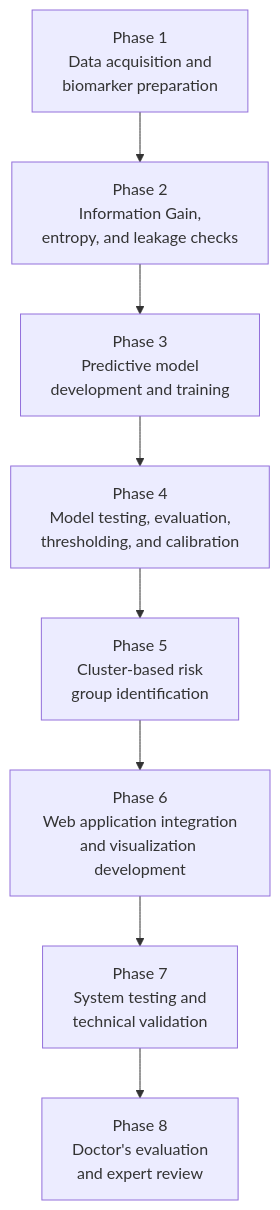
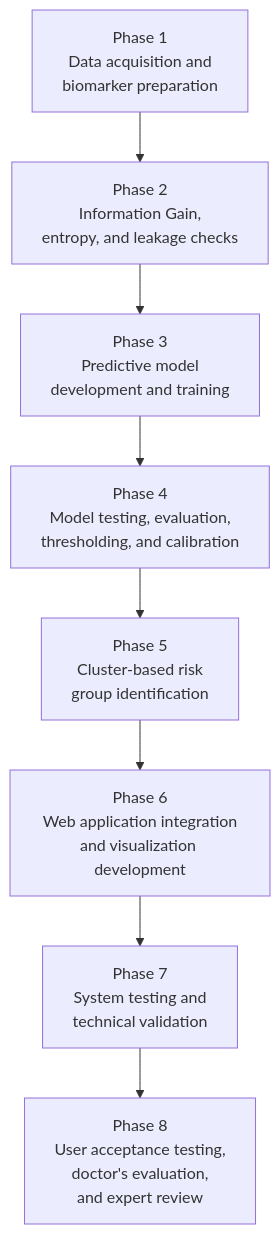
Before and after one commit to Skufu/DianaV2: the first of 5 diagrams in docs/07-research/thesis-drafts/ch3+4-final-academic-draft.md, drawn with Mermaid. The commit also changed other lines of this file, not shown here.

````diff
--- a/docs/07-research/thesis-drafts/ch3+4-final-academic-draft.md
+++ b/docs/07-research/thesis-drafts/ch3+4-final-academic-draft.md
@@ -19,13 +19,13 @@
 ```mermaid
 flowchart TB
     P1["Phase 1<br/>Data acquisition and<br/>biomarker preparation"]
     P2["Phase 2<br/>Information Gain,<br/>entropy, and leakage checks"]
     P3["Phase 3<br/>Predictive model<br/>development and training"]
     P4["Phase 4<br/>Model testing, evaluation,<br/>thresholding, and calibration"]
     P5["Phase 5<br/>Cluster-based risk<br/>group identification"]
     P6["Phase 6<br/>Web application integration<br/>and visualization development"]
     P7["Phase 7<br/>System testing and<br/>technical validation"]
-    P8["Phase 8<br/>Doctor's evaluation<br/>and expert review"]
+    P8["Phase 8<br/>User acceptance testing,<br/>doctor's evaluation,<br/>and expert review"]
 
     P1 --> P2 --> P3 --> P4 --> P5 --> P6 --> P7 --> P8
 ```
````
